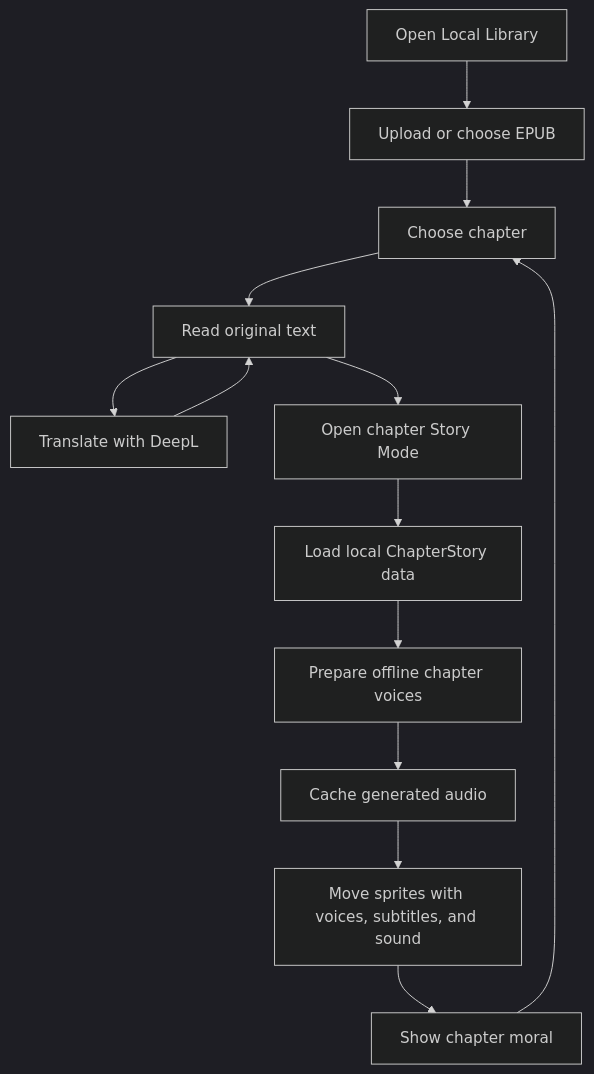
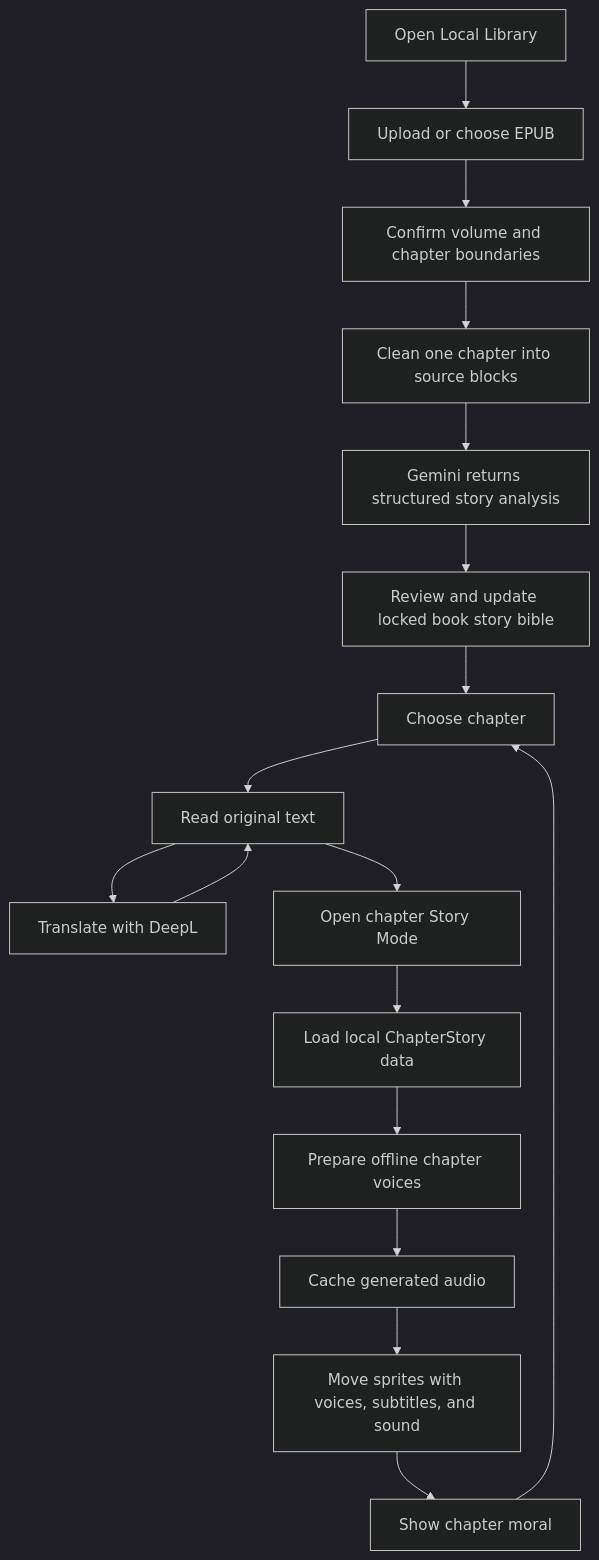
One commit to Jbeloz/StoryTale changed the diagram in docs/APP_FLOW.md. Above: the diagram before and after it, drawn with Mermaid (dark theme). The commit also changed other lines of this file and 22 other files, not shown here.

````diff
--- a/docs/APP_FLOW.md
+++ b/docs/APP_FLOW.md
@@ -3,15 +3,19 @@
 ```mermaid
 flowchart TD
     A["Open Local Library"] --> B["Upload or choose EPUB"]
-    B --> C["Choose chapter"]
+    B --> P["Confirm volume and chapter boundaries"]
+    P --> R["Clean one chapter into source blocks"]
+    R --> S["Gemini returns structured story analysis"]
+    S --> Q["Review and update locked book story bible"]
+    Q --> C["Choose chapter"]
     C --> D["Read original text"]
     D --> E["Translate with DeepL"]
     D --> G["Open chapter Story Mode"]
     G --> H["Load local ChapterStory data"]
     H --> F["Prepare offline chapter voices"]
     F --> K["Cache generated audio"]
     K --> I["Move sprites with voices, subtitles, and sound"]
     I --> J["Show chapter moral"]
     E --> D
     J --> C
 ```
````
